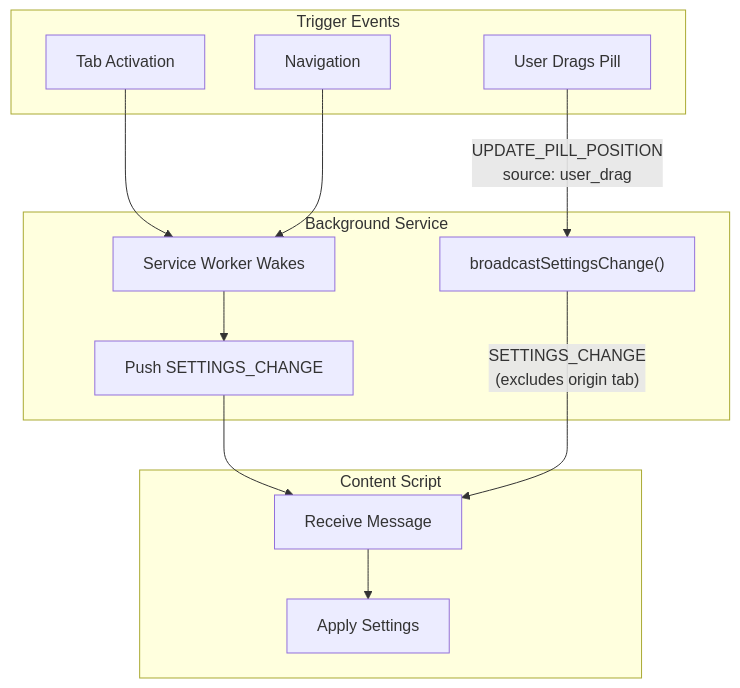
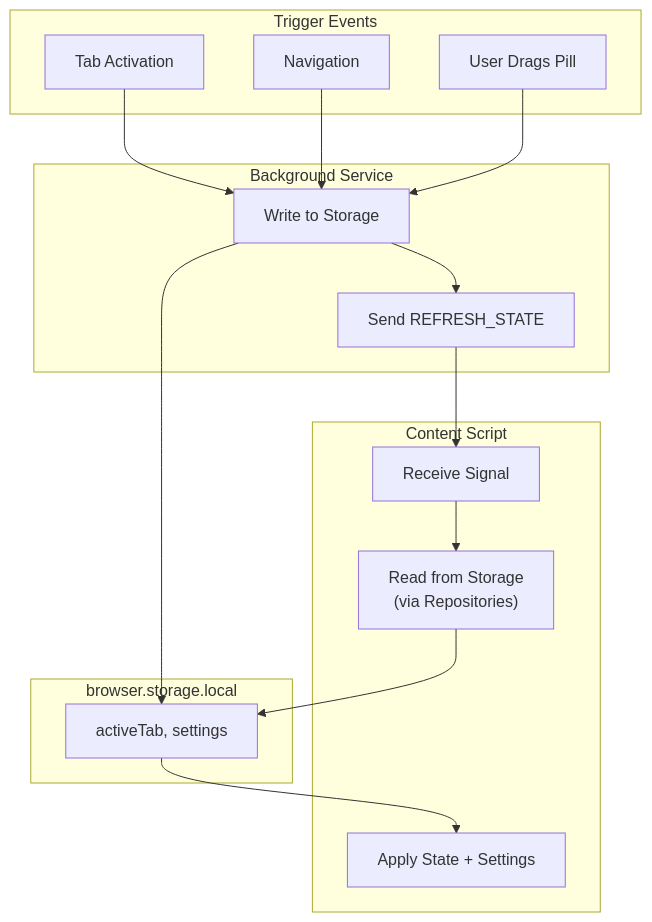
The ninth of 11 diagrams in docs/architecture-dataflow.md (JayDosunmu/web-time-tracker), drawn with Mermaid before and after one commit. The commit also changed other lines of this file and 4 other files, not shown here.

Commit message:
Update architecture documentation

````diff
--- a/docs/architecture-dataflow.md
+++ b/docs/architecture-dataflow.md
@@ -400,28 +417,33 @@
 ```mermaid
 flowchart TD
     subgraph Trigger["Trigger Events"]
         tab["Tab Activation"]
         nav["Navigation"]
         drag["User Drags Pill"]
     end
 
     subgraph Background["Background Service"]
-        wake["Service Worker Wakes"]
-        push["Push SETTINGS_CHANGE"]
-        broadcast["broadcastSettingsChange()"]
+        write["Write to Storage"]
+        signal["Send REFRESH_STATE"]
     end
 
     subgraph ContentScript["Content Script"]
-        receive["Receive Message"]
-        apply["Apply Settings"]
+        receive["Receive Signal"]
+        read["Read from Storage<br/>(via Repositories)"]
+        apply["Apply State + Settings"]
     end
 
-    tab --> wake
-    nav --> wake
-    wake --> push
-    push --> receive
-    receive --> apply
+    subgraph Storage["browser.storage.local"]
+        data["activeTab, settings"]
+    end
 
-    drag -->|"UPDATE_PILL_POSITION<br/>source: user_drag"| broadcast
-    broadcast -->|"SETTINGS_CHANGE<br/>(excludes origin tab)"| receive
+    tab --> write
+    nav --> write
+    drag --> write
+    write --> data
+    write --> signal
+    signal --> receive
+    receive --> read
+    read --> data
+    data --> apply
 ```
````
